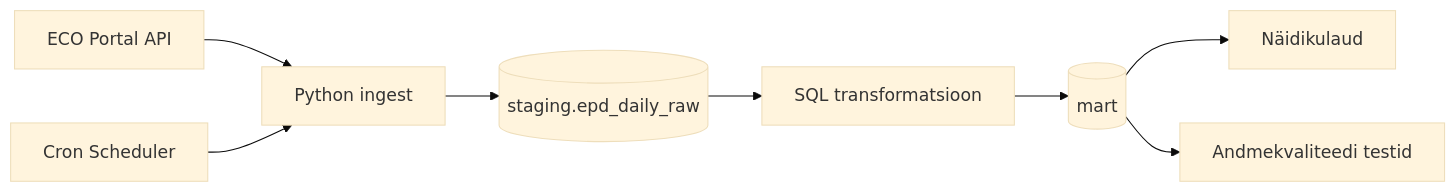
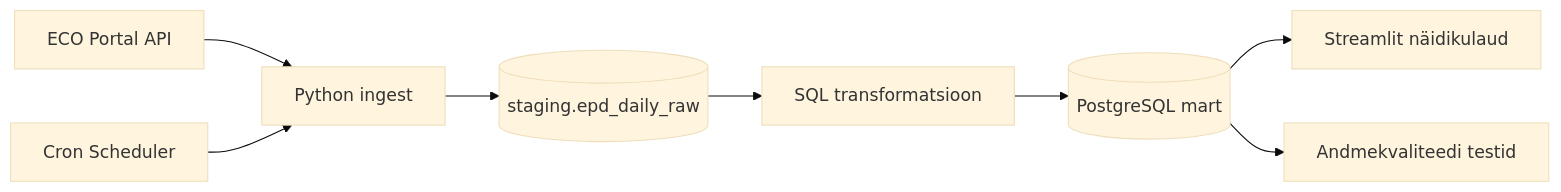
The diagram in docs/arhitektuur.md (MMK-spec/eco-epd-data-pipeline), drawn with Mermaid (base theme) before and after one commit.

````diff
--- a/docs/arhitektuur.md
+++ b/docs/arhitektuur.md
@@ -24,10 +24,10 @@
 ```mermaid
 flowchart LR
     source[ECO Portal API]  --> ingest[Python ingest]
     ingest --> staging[(staging.epd_daily_raw)]
     staging --> transform[SQL transformatsioon]
-    transform --> mart[(mart)]
-    mart --> dashboard[Näidikulaud]
+    transform --> mart[(PostgreSQL mart)]
+    mart --> dashboard[ Streamlit näidikulaud]
     mart --> quality[Andmekvaliteedi testid]
     scheduler[Cron Scheduler] --> ingest
 ```
````
